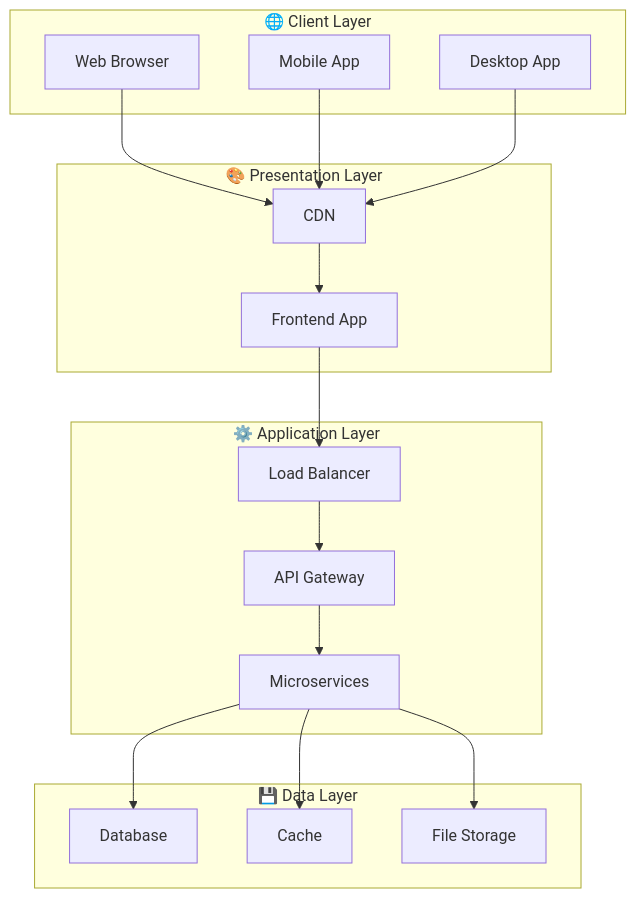
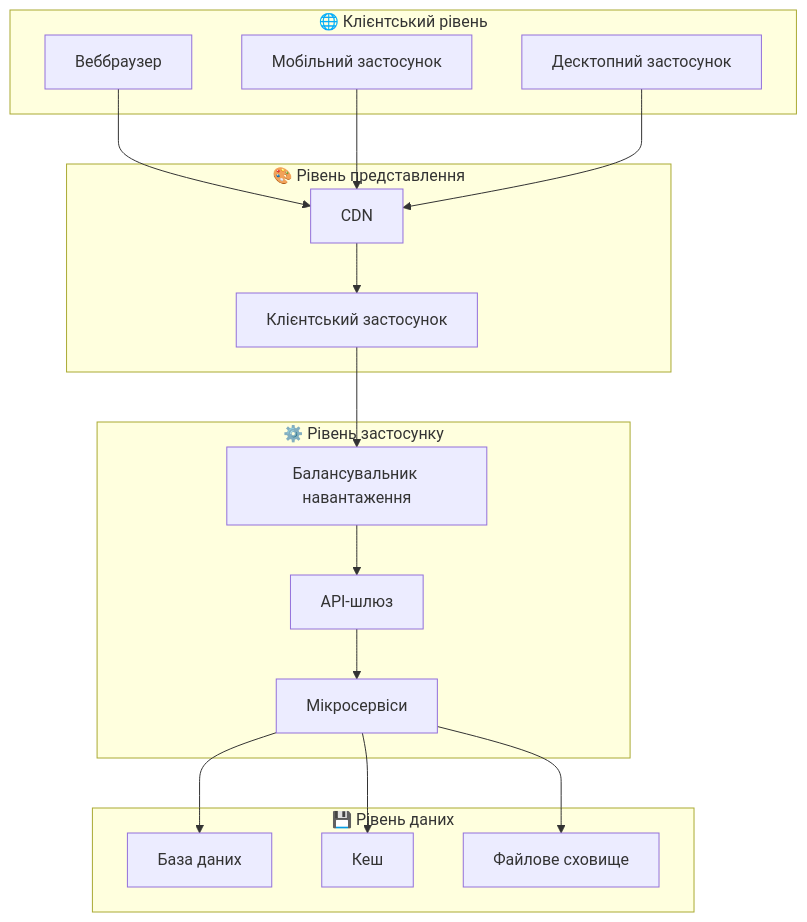
One commit to olroi421/course-web changed the second of 17 diagrams in presentations/presentation-01.md. Above: the diagram before and after it, drawn with Mermaid. The commit also changed other lines of this file and 4 other files, not shown here.

````diff
--- a/presentations/presentation-01.md
+++ b/presentations/presentation-01.md
@@ -41,36 +54,36 @@
 ```mermaid
 graph TB
-    subgraph "🌐 Client Layer"
-        A[Web Browser]
-        B[Mobile App]
-        C[Desktop App]
+    subgraph "🌐 Клієнтський рівень"
+        A[Веббраузер]
+        B[Мобільний застосунок]
+        C[Десктопний застосунок]
     end
 
-    subgraph "🎨 Presentation Layer"
+    subgraph "🎨 Рівень представлення"
         D[CDN]
-        E[Frontend App]
+        E[Клієнтський застосунок]
     end
 
-    subgraph "⚙️ Application Layer"
-        F[Load Balancer]
-        G[API Gateway]
-        H[Microservices]
+    subgraph "⚙️ Рівень застосунку"
+        F[Балансувальник навантаження]
+        G[API-шлюз]
+        H[Мікросервіси]
     end
 
-    subgraph "💾 Data Layer"
-        I[Database]
-        J[Cache]
-        K[File Storage]
+    subgraph "💾 Рівень даних"
+        I[База даних]
+        J[Кеш]
+        K[Файлове сховище]
     end
 
     A --> D
     B --> D
     C --> D
     D --> E
     E --> F
     F --> G
     G --> H
     H --> I
     H --> J
     H --> K
 ```
````
